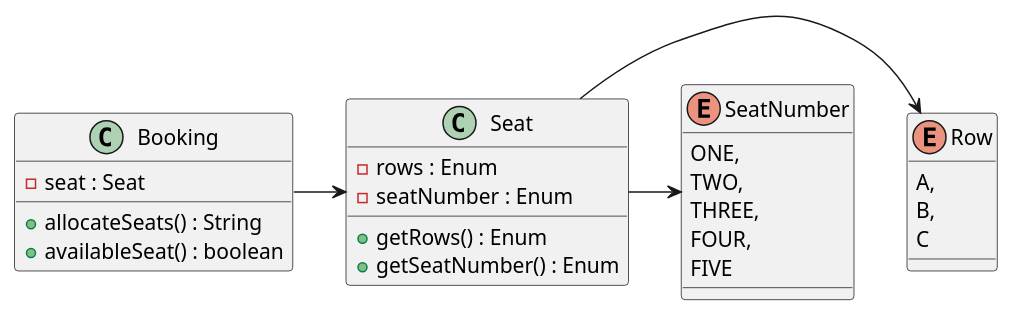
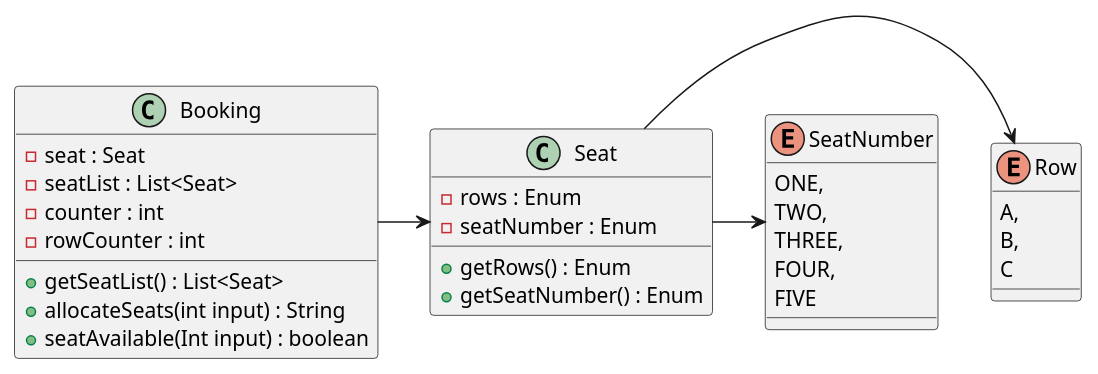
Before and after one commit to jayshree430/CinnamonCinema: the diagram in CinnamonCinemas.puml, drawn with PlantUML.

Commit message:
latest Version of UML. changes made to the booking class during refactoring.

```diff
--- a/CinnamonCinemas.puml
+++ b/CinnamonCinemas.puml
@@ -1,37 +1,41 @@
 @startuml
 class Booking{
     -seat : Seat
+    -seatList : List<Seat>
+    -counter : int
+    -rowCounter : int
 
-    +allocateSeats() : String
-    +availableSeat() : boolean
+    +getSeatList() : List<Seat>
+    +allocateSeats(int input) : String
+    +seatAvailable(Int input) : boolean
 }
 
 Booking -> Seat
 
 class Seat{
     -rows : Enum
     -seatNumber : Enum
 
     +getRows() : Enum
     +getSeatNumber() : Enum
 }
 
 Enum Row{
     A,
     B,
     C
 }
 
 Seat -> Row
 
 Enum SeatNumber{
     ONE,
     TWO,
     THREE,
     FOUR,
     FIVE
 }
 
 Seat -> SeatNumber
 
 @enduml
```
